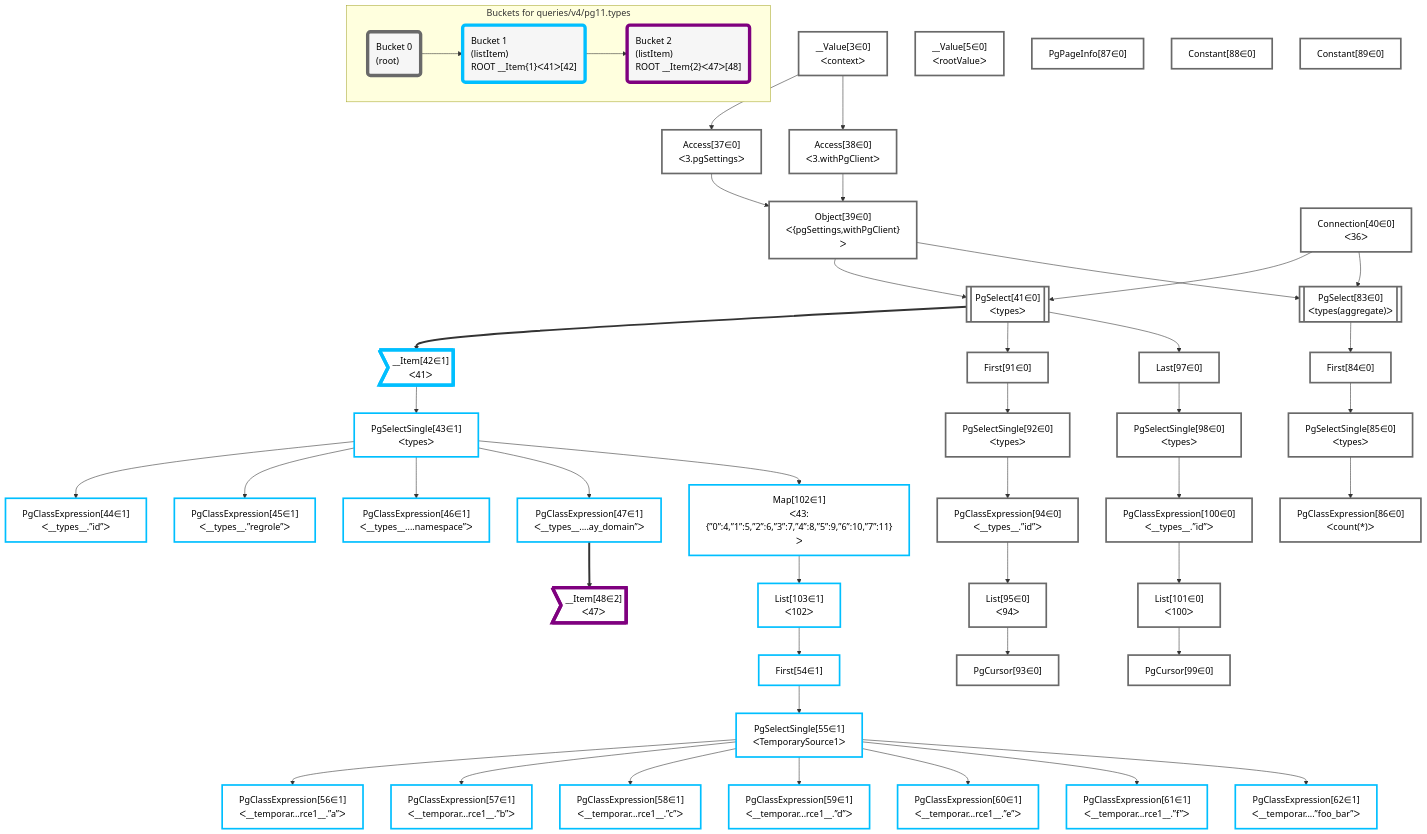
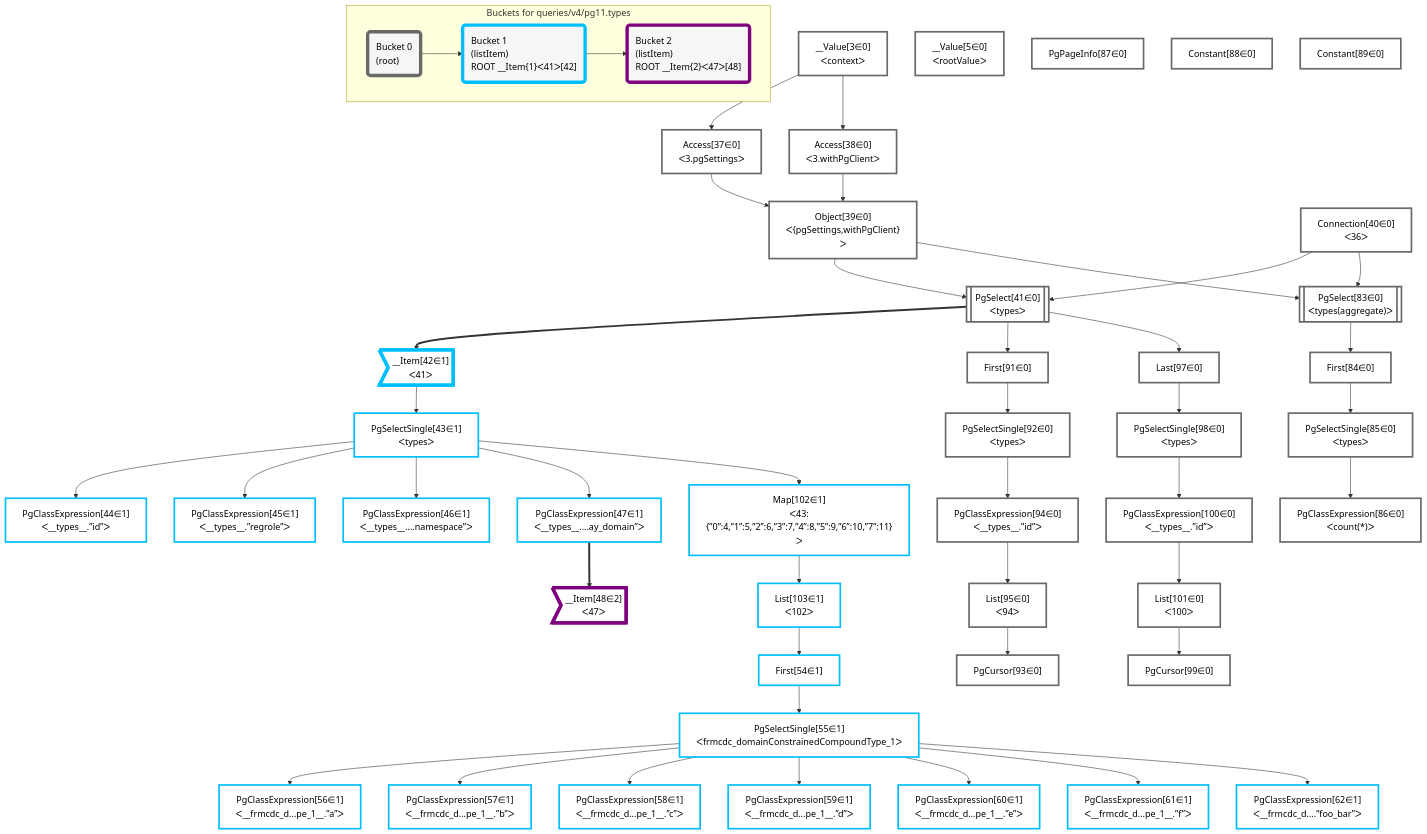
The diagram in packages/postgraphile/__tests__/queries/v4/pg11.types.mermaid (graphile/crystal), drawn with Mermaid before and after one commit. The commit also changed 35 other files, not shown here.

```diff
--- a/packages/postgraphile/__tests__/queries/v4/pg11.types.mermaid
+++ b/packages/postgraphile/__tests__/queries/v4/pg11.types.mermaid
@@ -1,103 +1,103 @@
 graph TD
     classDef path fill:#eee,stroke:#000,color:#000
     classDef plan fill:#fff,stroke-width:3px,color:#000
     classDef itemplan fill:#fff,stroke-width:6px,color:#000
     classDef sideeffectplan fill:#f00,stroke-width:6px,color:#000
     classDef bucket fill:#f6f6f6,color:#000,stroke-width:6px,text-align:left
 
 
     %% define steps
     __Value3["__Value[3∈0]<br />ᐸcontextᐳ"]:::plan
     __Value5["__Value[5∈0]<br />ᐸrootValueᐳ"]:::plan
     Access37["Access[37∈0]<br />ᐸ3.pgSettingsᐳ"]:::plan
     Access38["Access[38∈0]<br />ᐸ3.withPgClientᐳ"]:::plan
     Object39["Object[39∈0]<br />ᐸ{pgSettings,withPgClient}ᐳ"]:::plan
     Connection40["Connection[40∈0]<br />ᐸ36ᐳ"]:::plan
     PgSelect41[["PgSelect[41∈0]<br />ᐸtypesᐳ"]]:::plan
     __Item42>"__Item[42∈1]<br />ᐸ41ᐳ"]:::itemplan
     PgSelectSingle43["PgSelectSingle[43∈1]<br />ᐸtypesᐳ"]:::plan
     PgClassExpression44["PgClassExpression[44∈1]<br />ᐸ__types__.”id”ᐳ"]:::plan
     PgClassExpression45["PgClassExpression[45∈1]<br />ᐸ__types__.”regrole”ᐳ"]:::plan
     PgClassExpression46["PgClassExpression[46∈1]<br />ᐸ__types__....namespace”ᐳ"]:::plan
     PgClassExpression47["PgClassExpression[47∈1]<br />ᐸ__types__....ay_domain”ᐳ"]:::plan
     __Item48>"__Item[48∈2]<br />ᐸ47ᐳ"]:::itemplan
     Map102["Map[102∈1]<br />ᐸ43:{”0”:4,”1”:5,”2”:6,”3”:7,”4”:8,”5”:9,”6”:10,”7”:11}ᐳ"]:::plan
     List103["List[103∈1]<br />ᐸ102ᐳ"]:::plan
     First54["First[54∈1]"]:::plan
-    PgSelectSingle55["PgSelectSingle[55∈1]<br />ᐸTemporarySource1ᐳ"]:::plan
-    PgClassExpression56["PgClassExpression[56∈1]<br />ᐸ__temporar...rce1__.”a”ᐳ"]:::plan
-    PgClassExpression57["PgClassExpression[57∈1]<br />ᐸ__temporar...rce1__.”b”ᐳ"]:::plan
-    PgClassExpression58["PgClassExpression[58∈1]<br />ᐸ__temporar...rce1__.”c”ᐳ"]:::plan
-    PgClassExpression59["PgClassExpression[59∈1]<br />ᐸ__temporar...rce1__.”d”ᐳ"]:::plan
-    PgClassExpression60["PgClassExpression[60∈1]<br />ᐸ__temporar...rce1__.”e”ᐳ"]:::plan
-    PgClassExpression61["PgClassExpression[61∈1]<br />ᐸ__temporar...rce1__.”f”ᐳ"]:::plan
-    PgClassExpression62["PgClassExpression[62∈1]<br />ᐸ__temporar....”foo_bar”ᐳ"]:::plan
+    PgSelectSingle55["PgSelectSingle[55∈1]<br />ᐸfrmcdc_domainConstrainedCompoundType_1ᐳ"]:::plan
+    PgClassExpression56["PgClassExpression[56∈1]<br />ᐸ__frmcdc_d...pe_1__.”a”ᐳ"]:::plan
+    PgClassExpression57["PgClassExpression[57∈1]<br />ᐸ__frmcdc_d...pe_1__.”b”ᐳ"]:::plan
+    PgClassExpression58["PgClassExpression[58∈1]<br />ᐸ__frmcdc_d...pe_1__.”c”ᐳ"]:::plan
+    PgClassExpression59["PgClassExpression[59∈1]<br />ᐸ__frmcdc_d...pe_1__.”d”ᐳ"]:::plan
+    PgClassExpression60["PgClassExpression[60∈1]<br />ᐸ__frmcdc_d...pe_1__.”e”ᐳ"]:::plan
+    PgClassExpression61["PgClassExpression[61∈1]<br />ᐸ__frmcdc_d...pe_1__.”f”ᐳ"]:::plan
+    PgClassExpression62["PgClassExpression[62∈1]<br />ᐸ__frmcdc_d....”foo_bar”ᐳ"]:::plan
     PgSelect83[["PgSelect[83∈0]<br />ᐸtypes(aggregate)ᐳ"]]:::plan
     First84["First[84∈0]"]:::plan
     PgSelectSingle85["PgSelectSingle[85∈0]<br />ᐸtypesᐳ"]:::plan
     PgClassExpression86["PgClassExpression[86∈0]<br />ᐸcount(*)ᐳ"]:::plan
     PgPageInfo87["PgPageInfo[87∈0]"]:::plan
     Constant88["Constant[88∈0]"]:::plan
     Constant89["Constant[89∈0]"]:::plan
     First91["First[91∈0]"]:::plan
     PgSelectSingle92["PgSelectSingle[92∈0]<br />ᐸtypesᐳ"]:::plan
     PgClassExpression94["PgClassExpression[94∈0]<br />ᐸ__types__.”id”ᐳ"]:::plan
     List95["List[95∈0]<br />ᐸ94ᐳ"]:::plan
     PgCursor93["PgCursor[93∈0]"]:::plan
     Last97["Last[97∈0]"]:::plan
     PgSelectSingle98["PgSelectSingle[98∈0]<br />ᐸtypesᐳ"]:::plan
     PgClassExpression100["PgClassExpression[100∈0]<br />ᐸ__types__.”id”ᐳ"]:::plan
     List101["List[101∈0]<br />ᐸ100ᐳ"]:::plan
     PgCursor99["PgCursor[99∈0]"]:::plan
 
     %% plan dependencies
     __Value3 --> Access37
     __Value3 --> Access38
     Access37 & Access38 --> Object39
     Object39 & Connection40 --> PgSelect41
     PgSelect41 ==> __Item42
     __Item42 --> PgSelectSingle43
     PgSelectSingle43 --> PgClassExpression44
     PgSelectSingle43 --> PgClassExpression45
     PgSelectSingle43 --> PgClassExpression46
     PgSelectSingle43 --> PgClassExpression47
     PgClassExpression47 ==> __Item48
     PgSelectSingle43 --> Map102
     Map102 --> List103
     List103 --> First54
     First54 --> PgSelectSingle55
     PgSelectSingle55 --> PgClassExpression56
     PgSelectSingle55 --> PgClassExpression57
     PgSelectSingle55 --> PgClassExpression58
     PgSelectSingle55 --> PgClassExpression59
     PgSelectSingle55 --> PgClassExpression60
     PgSelectSingle55 --> PgClassExpression61
     PgSelectSingle55 --> PgClassExpression62
     Object39 & Connection40 --> PgSelect83
     PgSelect83 --> First84
     First84 --> PgSelectSingle85
     PgSelectSingle85 --> PgClassExpression86
     PgSelect41 --> First91
     First91 --> PgSelectSingle92
     PgSelectSingle92 --> PgClassExpression94
     PgClassExpression94 --> List95
     List95 --> PgCursor93
     PgSelect41 --> Last97
     Last97 --> PgSelectSingle98
     PgSelectSingle98 --> PgClassExpression100
     PgClassExpression100 --> List101
     List101 --> PgCursor99
 
     subgraph "Buckets for queries/v4/pg11.types"
     Bucket0("Bucket 0<br />(root)"):::bucket
     classDef bucket0 stroke:#696969
     class Bucket0,__Value3,__Value5,Access37,Access38,Object39,Connection40,PgSelect41,PgSelect83,First84,PgSelectSingle85,PgClassExpression86,PgPageInfo87,Constant88,Constant89,First91,PgSelectSingle92,PgCursor93,PgClassExpression94,List95,Last97,PgSelectSingle98,PgCursor99,PgClassExpression100,List101 bucket0
     Bucket1("Bucket 1<br />(listItem)<br />ROOT __Item{1}ᐸ41ᐳ[42]"):::bucket
     classDef bucket1 stroke:#00bfff
     class Bucket1,__Item42,PgSelectSingle43,PgClassExpression44,PgClassExpression45,PgClassExpression46,PgClassExpression47,First54,PgSelectSingle55,PgClassExpression56,PgClassExpression57,PgClassExpression58,PgClassExpression59,PgClassExpression60,PgClassExpression61,PgClassExpression62,Map102,List103 bucket1
     Bucket2("Bucket 2<br />(listItem)<br />ROOT __Item{2}ᐸ47ᐳ[48]"):::bucket
     classDef bucket2 stroke:#7f007f
     class Bucket2,__Item48 bucket2
     Bucket0 --> Bucket1
     Bucket1 --> Bucket2
     end
```
